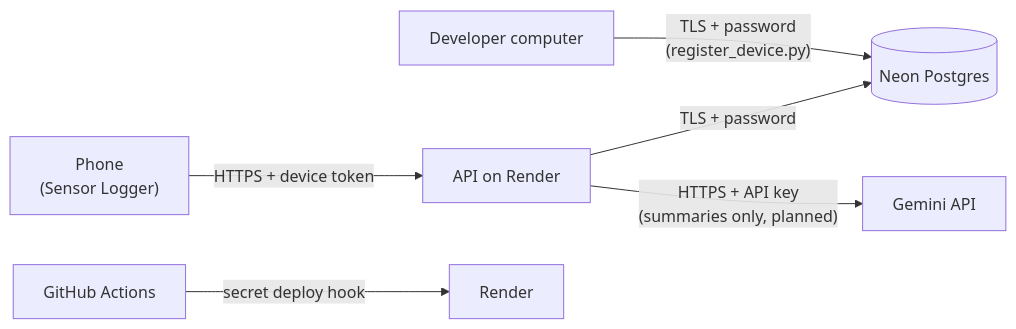
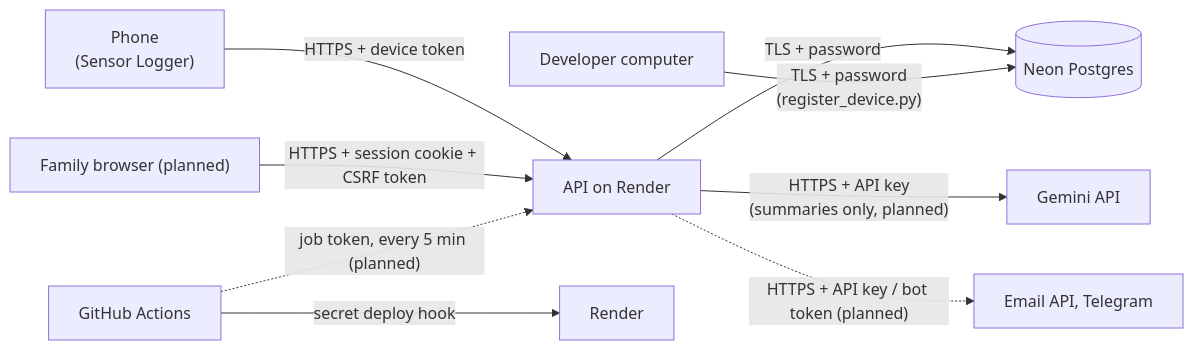
The diagram in docs/security/threat-model.md (ambi1999/elder-activity-agent), drawn with Mermaid before and after one commit. The commit also changed other lines of this file and 13 other files, not shown here.

````diff
--- a/docs/security/threat-model.md
+++ b/docs/security/threat-model.md
@@ -30,8 +35,11 @@
 ```mermaid
 flowchart LR
     phone["Phone<br/>(Sensor Logger)"] -- "HTTPS + device token" --> api["API on Render"]
     api -- "TLS + password" --> neon[("Neon Postgres")]
     api -- "HTTPS + API key<br/>(summaries only, planned)" --> gemini["Gemini API"]
     dev["Developer computer"] -- "TLS + password<br/>(register_device.py)" --> neon
     gh["GitHub Actions"] -- "secret deploy hook" --> render["Render"]
+    browser["Family browser (planned)"] -- "HTTPS + session cookie + CSRF token" --> api
+    gh -. "job token, every 5 min (planned)" .-> api
+    api -. "HTTPS + API key / bot token (planned)" .-> notify["Email API, Telegram"]
 ```
````
